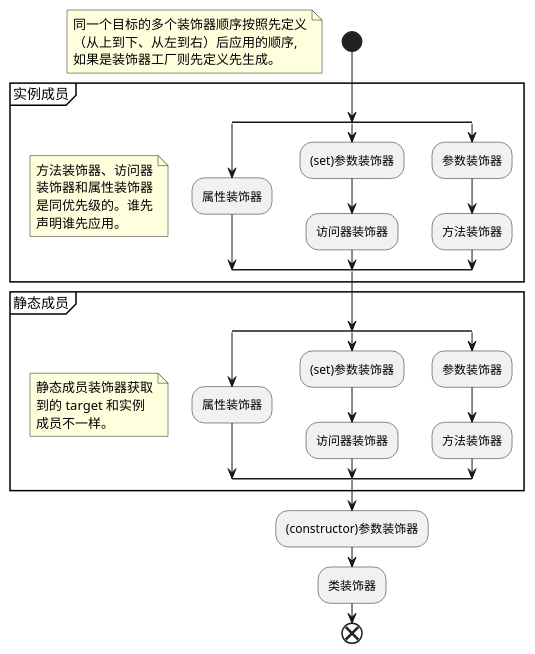
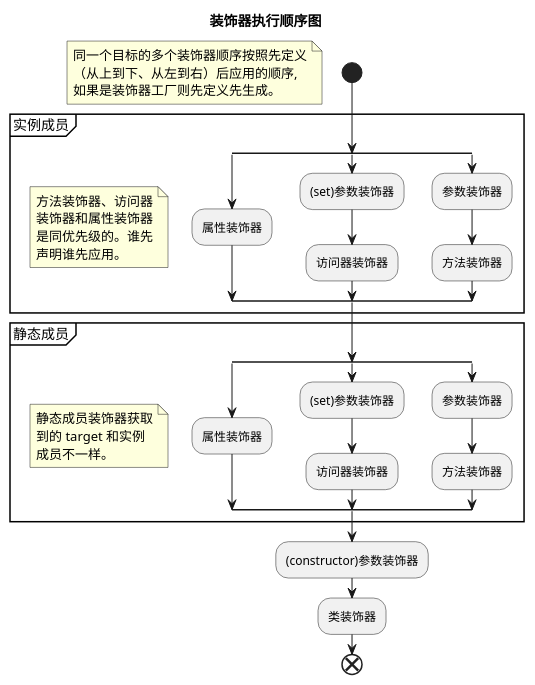
Before and after one commit to ShueyYuen/yuen-blog: the second of 2 diagrams in content/post/20240930-typescript-decorator.md, drawn with PlantUML. The commit also changed other lines of this file and 3 other files, not shown here.

````diff
--- a/content/post/20240930-typescript-decorator.md
+++ b/content/post/20240930-typescript-decorator.md
@@ -170,49 +206,50 @@
 ```plantuml
 @startuml
+title 装饰器执行顺序图
 start
 floating note
   同一个目标的多个装饰器顺序按照先定义
   （从上到下、从左到右）后应用的顺序, 
   如果是装饰器工厂则先定义先生成。
 end note
 
 group 实例成员
   note left
     方法装饰器、访问器
     装饰器和属性装饰器
     是同优先级的。谁先
     声明谁先应用。
   end note
   split
     :属性装饰器;
   split again
     :(set)参数装饰器;
     :访问器装饰器;
   split again
     :参数装饰器;
     :方法装饰器;
   end split
 end group
 
 group 静态成员
   note left
     静态成员装饰器获取
     到的 target 和实例
     成员不一样。
   end note
   split
     :属性装饰器;
   split again
     :(set)参数装饰器;
     :访问器装饰器;
   split again
     :参数装饰器;
     :方法装饰器;
   end split
 end group
 
 :(constructor)参数装饰器;
 :类装饰器;
 end
 @enduml
 ```
````
